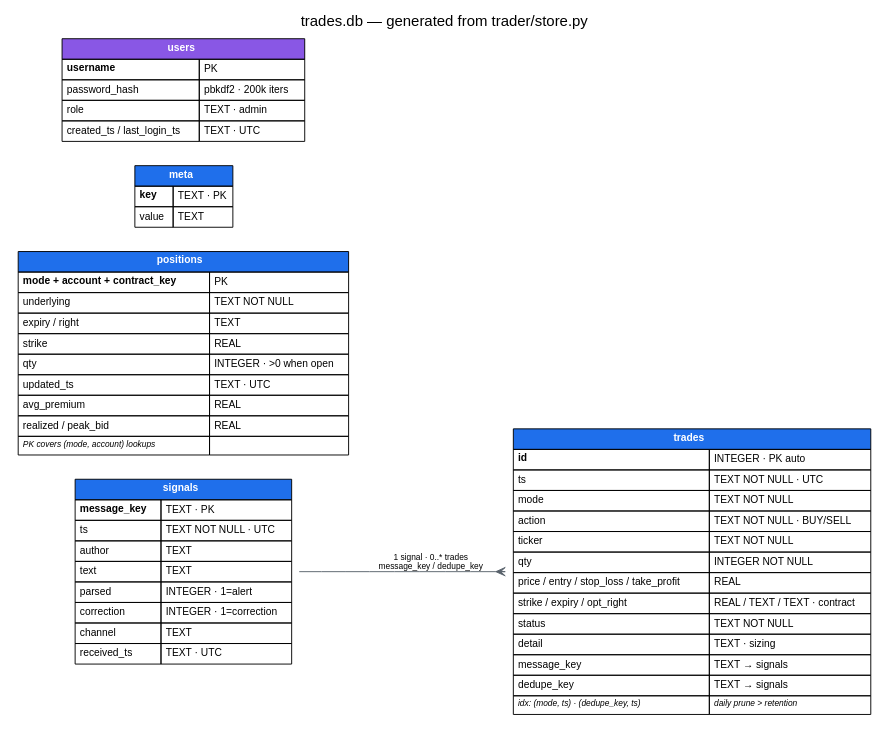
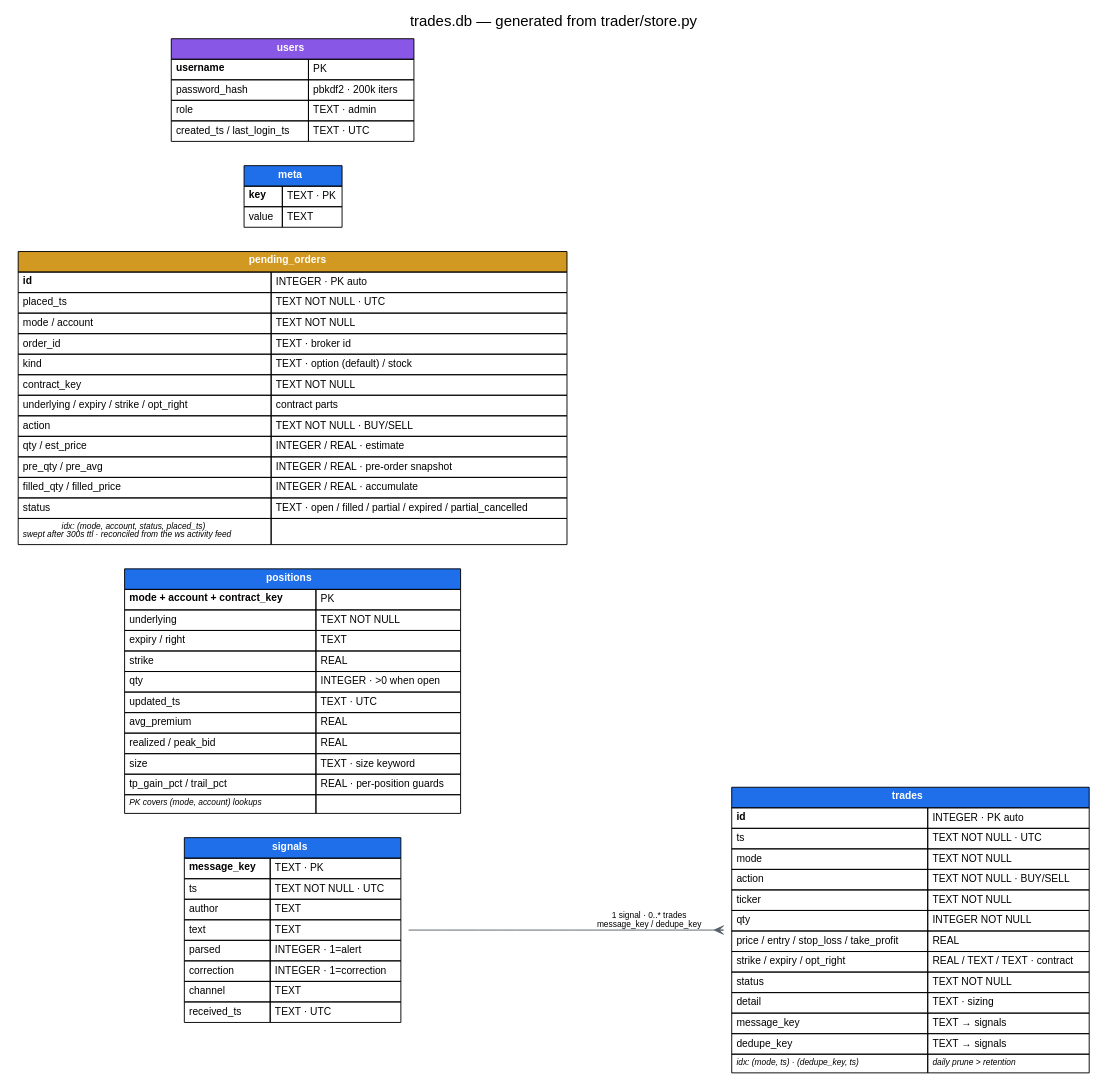
The diagram in docs/db_schema.dot (siicosmos/ws-trade-bot), drawn with Graphviz before and after one commit. The commit also changed 11 other files, not shown here.

First line of the commit message:
Docs: technical README, live-readiness reference, refreshed diagrams

```diff
--- a/docs/db_schema.dot
+++ b/docs/db_schema.dot
@@ -1,72 +1,92 @@
 // ws-trade-bot trades.db schema - render with:
 //   dot -Tpng -o docs/db_schema.png docs/db_schema.dot
 digraph db_schema {
   rankdir=LR;
   graph [fontname="Helvetica", label="trades.db — generated from trader/store.py", labelloc=t, fontsize=16];
   node [shape=plaintext, fontname="Helvetica", fontsize=11];
   edge [color="#57606a", fontname="Helvetica", fontsize=9];
 
   signals [label=<
     <TABLE BORDER="0" CELLBORDER="1" CELLSPACING="0" CELLPADDING="4" BGCOLOR="white">
       <TR><TD BGCOLOR="#1f6feb" COLSPAN="2"><FONT COLOR="white"><B>signals</B></FONT></TD></TR>
       <TR><TD ALIGN="LEFT"><B>message_key</B></TD><TD ALIGN="LEFT">TEXT · PK</TD></TR>
       <TR><TD ALIGN="LEFT">ts</TD><TD ALIGN="LEFT">TEXT NOT NULL · UTC</TD></TR>
       <TR><TD ALIGN="LEFT">author</TD><TD ALIGN="LEFT">TEXT</TD></TR>
       <TR><TD ALIGN="LEFT">text</TD><TD ALIGN="LEFT">TEXT</TD></TR>
       <TR><TD ALIGN="LEFT">parsed</TD><TD ALIGN="LEFT">INTEGER · 1=alert</TD></TR>
       <TR><TD ALIGN="LEFT">correction</TD><TD ALIGN="LEFT">INTEGER · 1=correction</TD></TR>
       <TR><TD ALIGN="LEFT">channel</TD><TD ALIGN="LEFT">TEXT</TD></TR>
       <TR><TD ALIGN="LEFT">received_ts</TD><TD ALIGN="LEFT">TEXT · UTC</TD></TR>
     </TABLE>>];
 
   trades [label=<
     <TABLE BORDER="0" CELLBORDER="1" CELLSPACING="0" CELLPADDING="4" BGCOLOR="white">
       <TR><TD BGCOLOR="#1f6feb" COLSPAN="2"><FONT COLOR="white"><B>trades</B></FONT></TD></TR>
       <TR><TD ALIGN="LEFT"><B>id</B></TD><TD ALIGN="LEFT">INTEGER · PK auto</TD></TR>
       <TR><TD ALIGN="LEFT">ts</TD><TD ALIGN="LEFT">TEXT NOT NULL · UTC</TD></TR>
       <TR><TD ALIGN="LEFT">mode</TD><TD ALIGN="LEFT">TEXT NOT NULL</TD></TR>
       <TR><TD ALIGN="LEFT">action</TD><TD ALIGN="LEFT">TEXT NOT NULL · BUY/SELL</TD></TR>
       <TR><TD ALIGN="LEFT">ticker</TD><TD ALIGN="LEFT">TEXT NOT NULL</TD></TR>
       <TR><TD ALIGN="LEFT">qty</TD><TD ALIGN="LEFT">INTEGER NOT NULL</TD></TR>
       <TR><TD ALIGN="LEFT">price / entry / stop_loss / take_profit</TD><TD ALIGN="LEFT">REAL</TD></TR>
       <TR><TD ALIGN="LEFT">strike / expiry / opt_right</TD><TD ALIGN="LEFT">REAL / TEXT / TEXT · contract</TD></TR>
       <TR><TD ALIGN="LEFT">status</TD><TD ALIGN="LEFT">TEXT NOT NULL</TD></TR>
       <TR><TD ALIGN="LEFT">detail</TD><TD ALIGN="LEFT">TEXT · sizing</TD></TR>
       <TR><TD ALIGN="LEFT">message_key</TD><TD ALIGN="LEFT">TEXT → signals</TD></TR>
       <TR><TD ALIGN="LEFT">dedupe_key</TD><TD ALIGN="LEFT">TEXT → signals</TD></TR>
       <TR><TD ALIGN="LEFT"><FONT POINT-SIZE="9"><I>idx: (mode, ts) · (dedupe_key, ts)</I></FONT></TD><TD ALIGN="LEFT"><FONT POINT-SIZE="9"><I>daily prune &gt; retention</I></FONT></TD></TR>
     </TABLE>>];
 
   positions [label=<
     <TABLE BORDER="0" CELLBORDER="1" CELLSPACING="0" CELLPADDING="4" BGCOLOR="white">
       <TR><TD BGCOLOR="#1f6feb" COLSPAN="2"><FONT COLOR="white"><B>positions</B></FONT></TD></TR>
       <TR><TD ALIGN="LEFT"><B>mode + account + contract_key</B></TD><TD ALIGN="LEFT">PK</TD></TR>
       <TR><TD ALIGN="LEFT">underlying</TD><TD ALIGN="LEFT">TEXT NOT NULL</TD></TR>
       <TR><TD ALIGN="LEFT">expiry / right</TD><TD ALIGN="LEFT">TEXT</TD></TR>
       <TR><TD ALIGN="LEFT">strike</TD><TD ALIGN="LEFT">REAL</TD></TR>
       <TR><TD ALIGN="LEFT">qty</TD><TD ALIGN="LEFT">INTEGER · &gt;0 when open</TD></TR>
       <TR><TD ALIGN="LEFT">updated_ts</TD><TD ALIGN="LEFT">TEXT · UTC</TD></TR>
       <TR><TD ALIGN="LEFT">avg_premium</TD><TD ALIGN="LEFT">REAL</TD></TR>
       <TR><TD ALIGN="LEFT">realized / peak_bid</TD><TD ALIGN="LEFT">REAL</TD></TR>
+      <TR><TD ALIGN="LEFT">size</TD><TD ALIGN="LEFT">TEXT · size keyword</TD></TR>
+      <TR><TD ALIGN="LEFT">tp_gain_pct / trail_pct</TD><TD ALIGN="LEFT">REAL · per-position guards</TD></TR>
       <TR><TD ALIGN="LEFT"><FONT POINT-SIZE="9"><I>PK covers (mode, account) lookups</I></FONT></TD><TD ALIGN="LEFT"></TD></TR>
+    </TABLE>>];
+
+  pending_orders [label=<
+    <TABLE BORDER="0" CELLBORDER="1" CELLSPACING="0" CELLPADDING="4" BGCOLOR="white">
+      <TR><TD BGCOLOR="#d29922" COLSPAN="2"><FONT COLOR="white"><B>pending_orders</B></FONT></TD></TR>
+      <TR><TD ALIGN="LEFT"><B>id</B></TD><TD ALIGN="LEFT">INTEGER · PK auto</TD></TR>
+      <TR><TD ALIGN="LEFT">placed_ts</TD><TD ALIGN="LEFT">TEXT NOT NULL · UTC</TD></TR>
+      <TR><TD ALIGN="LEFT">mode / account</TD><TD ALIGN="LEFT">TEXT NOT NULL</TD></TR>
+      <TR><TD ALIGN="LEFT">order_id</TD><TD ALIGN="LEFT">TEXT · broker id</TD></TR>
+      <TR><TD ALIGN="LEFT">kind</TD><TD ALIGN="LEFT">TEXT · option (default) / stock</TD></TR>
+      <TR><TD ALIGN="LEFT">contract_key</TD><TD ALIGN="LEFT">TEXT NOT NULL</TD></TR>
+      <TR><TD ALIGN="LEFT">underlying / expiry / strike / opt_right</TD><TD ALIGN="LEFT">contract parts</TD></TR>
+      <TR><TD ALIGN="LEFT">action</TD><TD ALIGN="LEFT">TEXT NOT NULL · BUY/SELL</TD></TR>
+      <TR><TD ALIGN="LEFT">qty / est_price</TD><TD ALIGN="LEFT">INTEGER / REAL · estimate</TD></TR>
+      <TR><TD ALIGN="LEFT">pre_qty / pre_avg</TD><TD ALIGN="LEFT">INTEGER / REAL · pre-order snapshot</TD></TR>
+      <TR><TD ALIGN="LEFT">filled_qty / filled_price</TD><TD ALIGN="LEFT">INTEGER / REAL · accumulate</TD></TR>
+      <TR><TD ALIGN="LEFT">status</TD><TD ALIGN="LEFT">TEXT · open / filled / partial / expired / partial_cancelled</TD></TR>
+      <TR><TD ALIGN="LEFT"><FONT POINT-SIZE="9"><I>idx: (mode, account, status, placed_ts)</I></FONT><BR/><FONT POINT-SIZE="9"><I>swept after 300s ttl · reconciled from the ws activity feed</I></FONT></TD><TD ALIGN="LEFT"></TD></TR>
     </TABLE>>];
 
   meta [label=<
     <TABLE BORDER="0" CELLBORDER="1" CELLSPACING="0" CELLPADDING="4" BGCOLOR="white">
       <TR><TD BGCOLOR="#1f6feb" COLSPAN="2"><FONT COLOR="white"><B>meta</B></FONT></TD></TR>
       <TR><TD ALIGN="LEFT"><B>key</B></TD><TD ALIGN="LEFT">TEXT · PK</TD></TR>
       <TR><TD ALIGN="LEFT">value</TD><TD ALIGN="LEFT">TEXT</TD></TR>
     </TABLE>>];
 
   users [label=<
     <TABLE BORDER="0" CELLBORDER="1" CELLSPACING="0" CELLPADDING="4" BGCOLOR="white">
       <TR><TD BGCOLOR="#8957e5" COLSPAN="2"><FONT COLOR="white"><B>users</B></FONT></TD></TR>
       <TR><TD ALIGN="LEFT"><B>username</B></TD><TD ALIGN="LEFT">PK</TD></TR>
       <TR><TD ALIGN="LEFT">password_hash</TD><TD ALIGN="LEFT">pbkdf2 · 200k iters</TD></TR>
       <TR><TD ALIGN="LEFT">role</TD><TD ALIGN="LEFT">TEXT · admin</TD></TR>
       <TR><TD ALIGN="LEFT">created_ts / last_login_ts</TD><TD ALIGN="LEFT">TEXT · UTC</TD></TR>
     </TABLE>>];
 
   signals -> trades [arrowhead=crow, arrowtail=none, dir=both,
     label="1 signal · 0..* trades\nmessage_key / dedupe_key"];
 }
```
